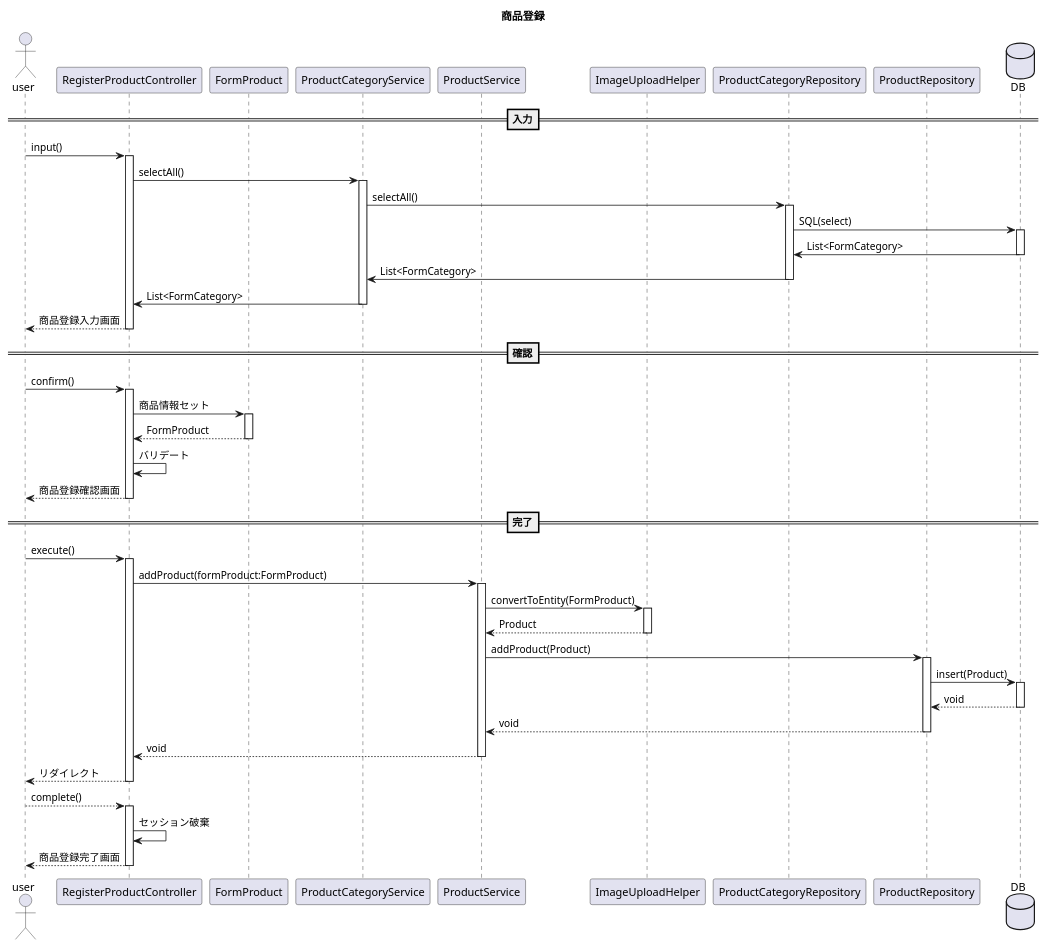
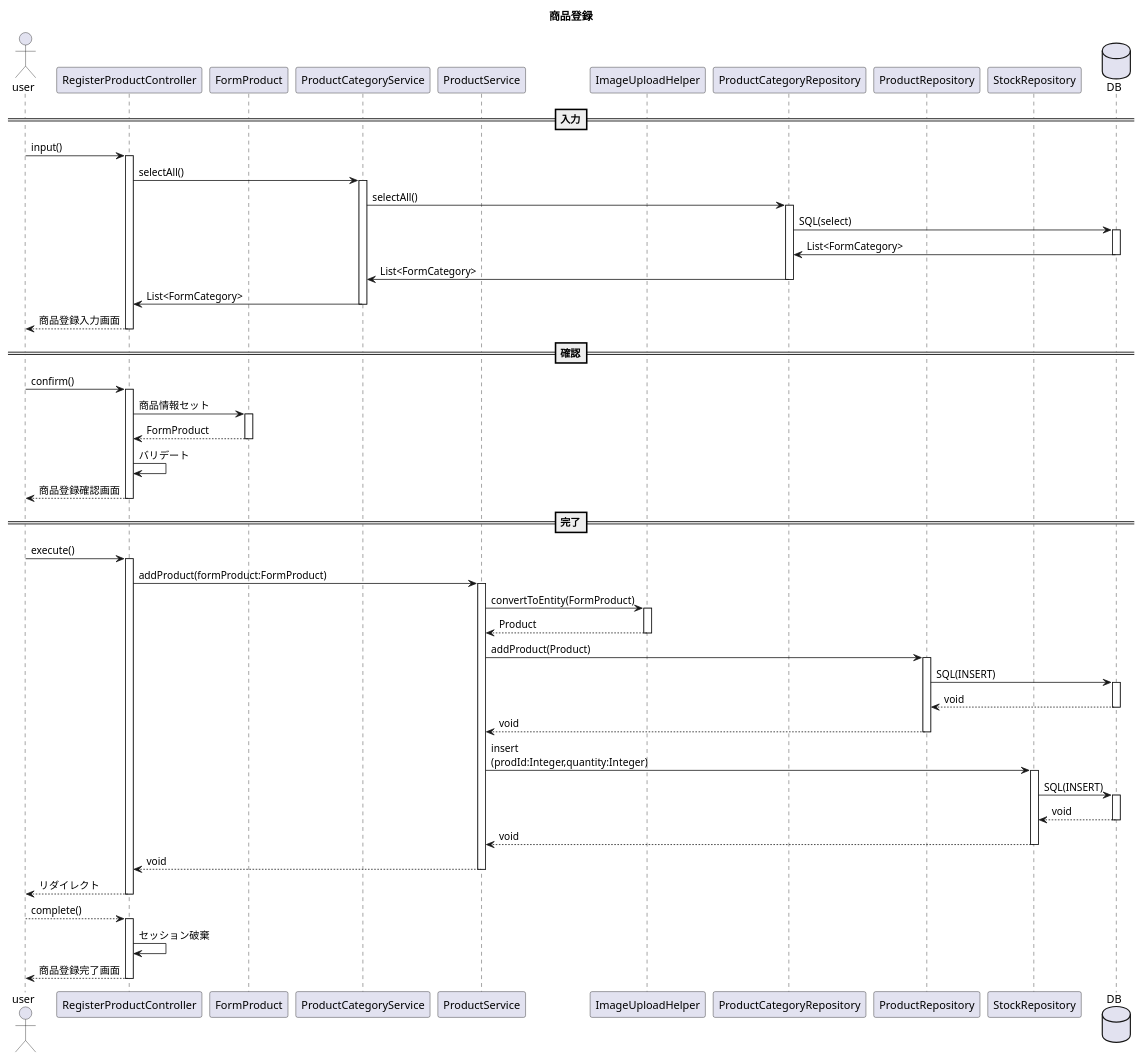
One commit to kanavii3333/ec-b changed the diagram in plan/uml/sequence/uc010.plantuml. Above: the diagram before and after it, drawn with PlantUML. The commit also changed 3 other files, not shown here.

```diff
--- a/plan/uml/sequence/uc010.plantuml
+++ b/plan/uml/sequence/uc010.plantuml
@@ -1,43 +1,48 @@
 @startuml
 title 商品登録
 actor user
 participant RegisterProductController as Controller
 participant FormProduct as Form
 participant ProductCategoryService as Service1
 participant ProductService as Service
 participant ImageUploadHelper as Helper
 participant ProductCategoryRepository as Repository1
 participant ProductRepository as Repository
+participant StockRepository as Repository2
 database DB
 
 ==入力==
 user -> Controller++:input()
 Controller -> Service1++:selectAll()
 Service1 -> Repository1++:selectAll()
 Repository1 -> DB++:SQL(select)
 DB -> Repository1 --:List<FormCategory>
 Repository1 -> Service1--:List<FormCategory>
 Service1 -> Controller--:List<FormCategory>
 user <-- Controller--:商品登録入力画面
 ==確認==
 user -> Controller++:confirm()
 Controller -> Form++:商品情報セット
 Controller <-- Form--:FormProduct
 Controller -> Controller:バリデート
 user <-- Controller--:商品登録確認画面
 ==完了==
 user -> Controller++:execute()
 Controller -> Service++:addProduct(formProduct:FormProduct)
 Service -> Helper++:convertToEntity(FormProduct)
 Service <-- Helper--:Product
 Service -> Repository++:addProduct(Product)
-Repository -> DB++:insert(Product)
+Repository -> DB++:SQL(INSERT)
 Repository <-- DB--:void
 Service <-- Repository--:void
+Service -> Repository2++:insert\n(prodId:Integer,quantity:Integer)
+Repository2 -> DB++:SQL(INSERT)
+Repository2 <-- DB--:void
+Service <-- Repository2--:void
 Controller <-- Service--:void
 user <-- Controller--:リダイレクト
 user --> Controller++:complete()
 Controller -> Controller:セッション破棄
 user <-- Controller--:商品登録完了画面
 
 @enduml
```
